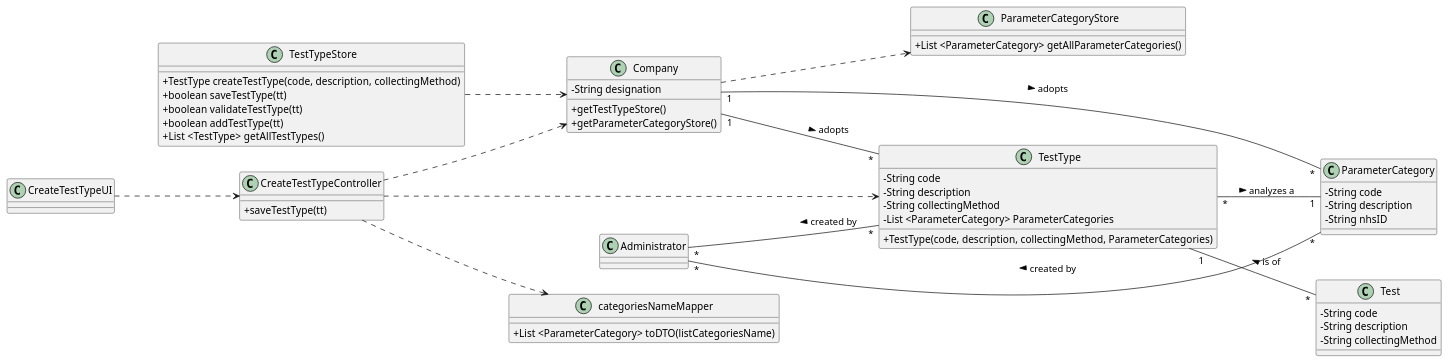
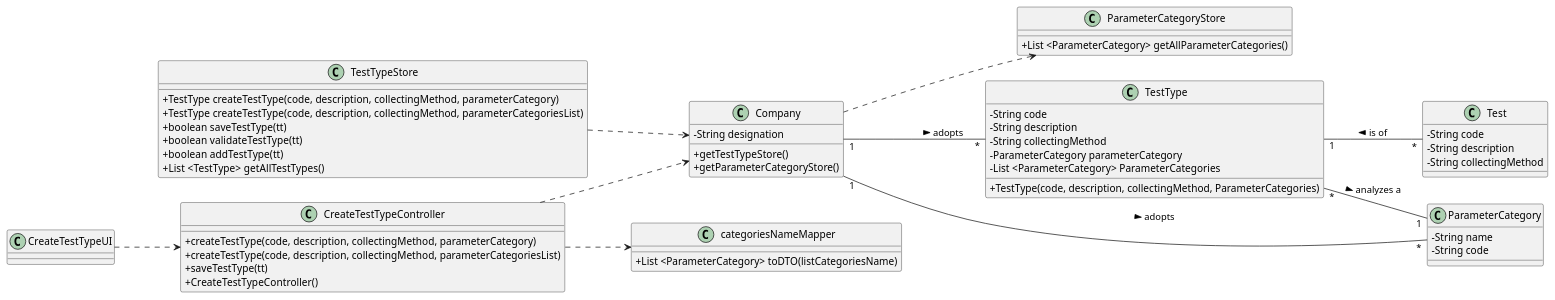
One commit to 0franciscor/lei-21-s2-1de-g19 changed the diagram in docs/SprintB/US09/US09-CD.puml. Above: the diagram before and after it, drawn with PlantUML. The commit also changed 2 other files, not shown here.

Commit message:
Alteração de diagramas da US9 e US11

```diff
--- a/docs/SprintB/US09/US09-CD.puml
+++ b/docs/SprintB/US09/US09-CD.puml
@@ -1,78 +1,76 @@
 @startuml
 skinparam classAttributeIconSize 0
 left to right direction
 
 class "Company" as C {
 -String designation
 +getTestTypeStore()
 +getParameterCategoryStore()
 }
 
 class "categoriesNameMapper" as cNM {
 +List <ParameterCategory> toDTO(listCategoriesName)
 }
 
 class "TestTypeStore" as TTS{
-+TestType createTestType(code, description, collectingMethod)
++TestType createTestType(code, description, collectingMethod, parameterCategory)
++TestType createTestType(code, description, collectingMethod, parameterCategoriesList)
 +boolean saveTestType(tt)
 +boolean validateTestType(tt)
 +boolean addTestType(tt)
 +List <TestType> getAllTestTypes()
 }
 
 class "ParameterCategoryStore" as PCS{
 +List <ParameterCategory> getAllParameterCategories()
 }
 
 class "TestType" as TT {
 -String code
 -String description
 -String collectingMethod
+-ParameterCategory parameterCategory
 -List <ParameterCategory> ParameterCategories
 +TestType(code, description, collectingMethod, ParameterCategories)
 }
 
 class "CreateTestTypeController" as CTTC {
++createTestType(code, description, collectingMethod, parameterCategory)
++createTestType(code, description, collectingMethod, parameterCategoriesList)
 +saveTestType(tt)
++CreateTestTypeController()
 }
 
 class "Test" as T{
 -String code
 -String description
 -String collectingMethod
 }
 
 class "ParameterCategory" as PC{
+-String name
 -String code
--String description
--String nhsID
 }
 
 class "CreateTestTypeUI" as CTTUI
 class "TestType" as TT
 class "CreateTestTypeController" as CTTC
-class "Administrator" as admin
 
 CTTUI ..> CTTC
 
 C ..> PCS
 
 TTS ..> C
 
-CTTC ..> TT
+
 CTTC ..> C
 CTTC ..> cNM
 
 
 TT "1" -- "*" T: < is of
 TT "*" -- "1" PC : > analyzes a
 
 C "1" -- "*" TT : > adopts
 C "1" -- "*" PC : > adopts
 
-admin "*" -- "*" PC : < created by
-
-admin "*" -- "*" TT : < created by
-
-
 @enduml
```
